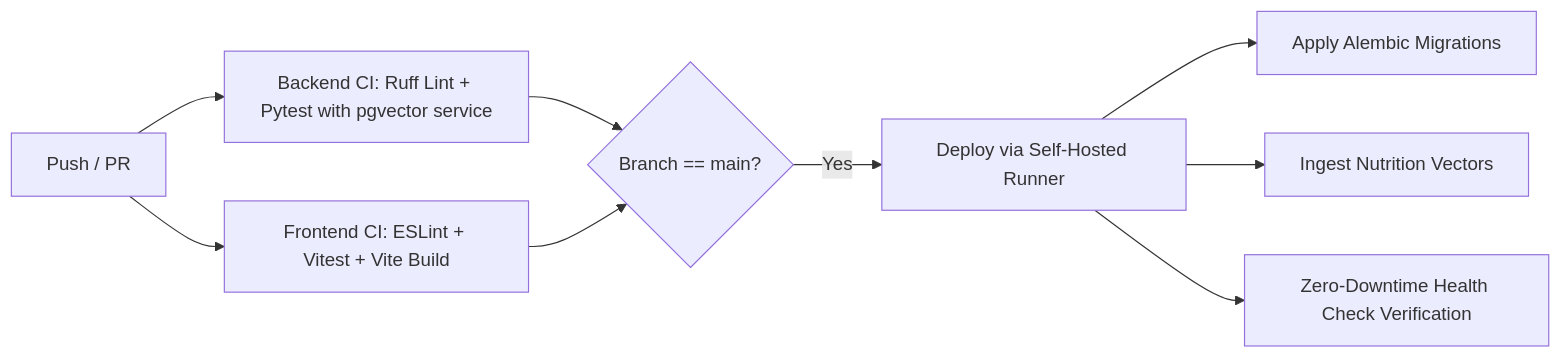
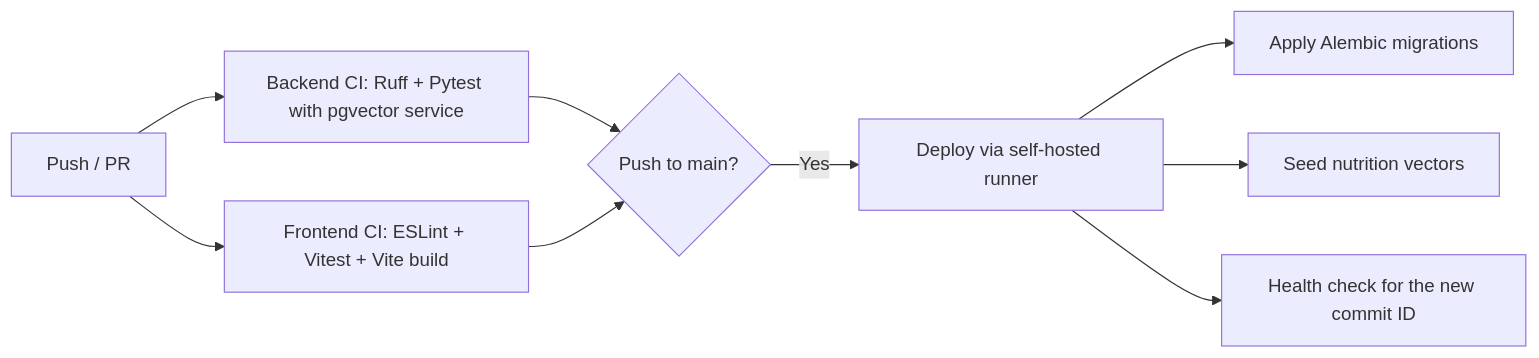
One commit to yuri-salise/nutri-sync changed the second of 2 diagrams in README.md. Above: the diagram before and after it, drawn with Mermaid. The commit also changed other lines of this file, not shown here.

````diff
--- a/README.md
+++ b/README.md
@@ -414,11 +397,11 @@
 ```mermaid
 flowchart LR
-    A[Push / PR] --> B[Backend CI: Ruff Lint + Pytest with pgvector service]
-    A --> C[Frontend CI: ESLint + Vitest + Vite Build]
-    B --> D{Branch == main?}
+    A[Push / PR] --> B[Backend CI: Ruff + Pytest with pgvector service]
+    A --> C[Frontend CI: ESLint + Vitest + Vite build]
+    B --> D{Push to main?}
     C --> D
-    D -- Yes --> E[Deploy via Self-Hosted Runner]
-    E --> F[Apply Alembic Migrations]
-    E --> G[Ingest Nutrition Vectors]
-    E --> H[Zero-Downtime Health Check Verification]
+    D -- Yes --> E[Deploy via self-hosted runner]
+    E --> F[Apply Alembic migrations]
+    E --> G[Seed nutrition vectors]
+    E --> H[Health check for the new commit ID]
 ```
````
